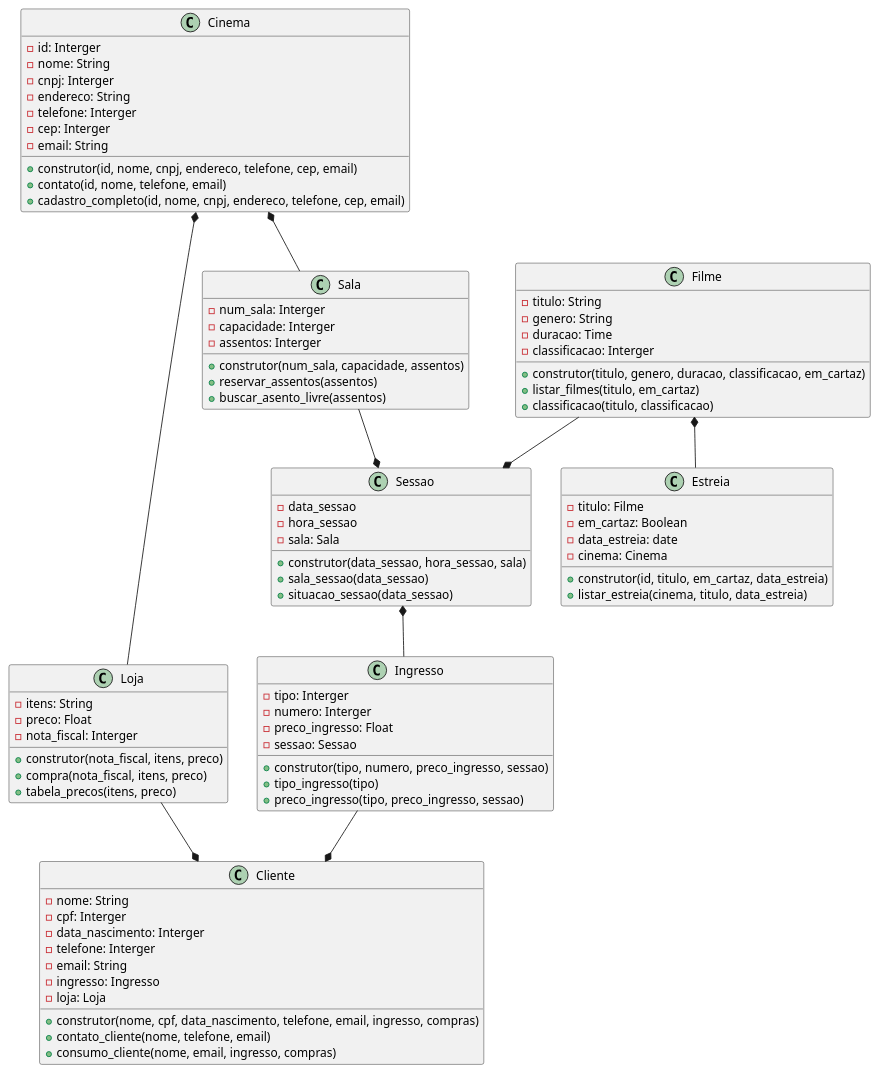
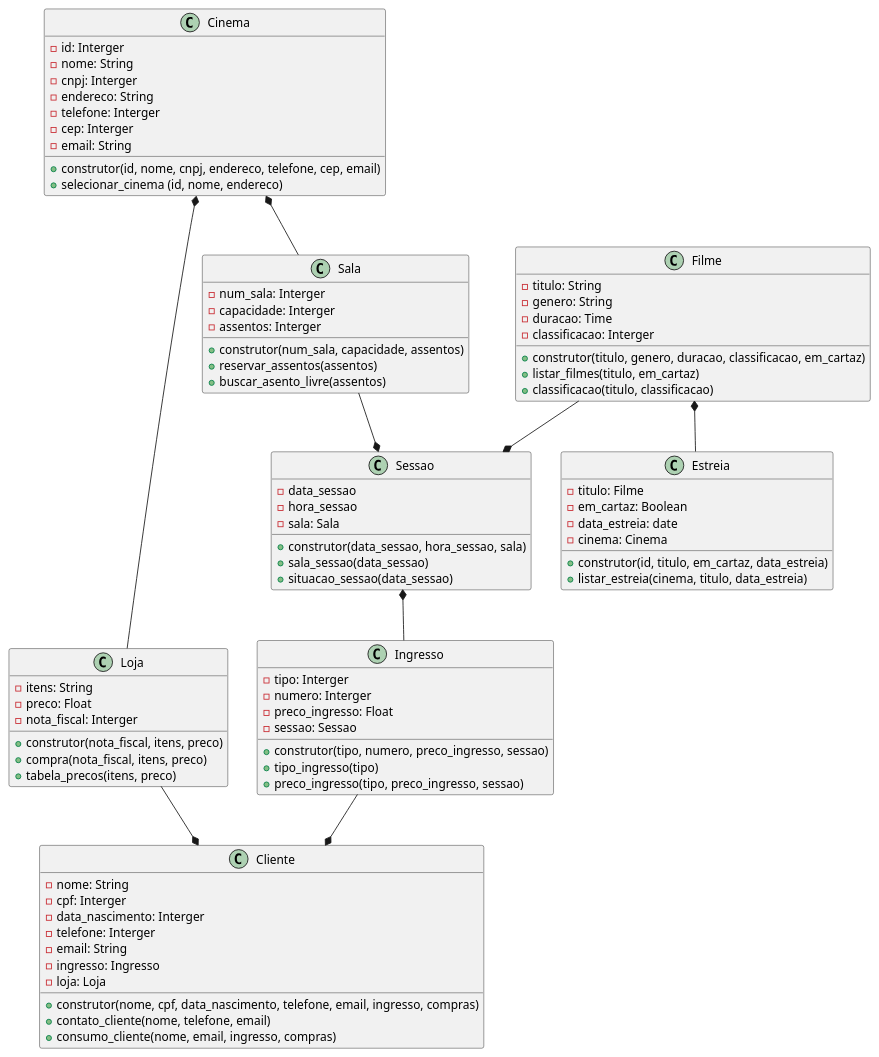
One commit to anleaes/2023-1-N1-POO-01 changed the diagram in cinema.plantuml. Above: the diagram before and after it, drawn with PlantUML.

```diff
--- a/cinema.plantuml
+++ b/cinema.plantuml
@@ -1,94 +1,93 @@
 @startuml Diagrama Herança Cinema - Grupo 1
 
 class Cinema {
     - id: Interger
     - nome: String
     - cnpj: Interger 
     - endereco: String
     - telefone: Interger
     - cep: Interger
     - email: String
     + construtor(id, nome, cnpj, endereco, telefone, cep, email)
-    + contato(id, nome, telefone, email)
-    + cadastro_completo(id, nome, cnpj, endereco, telefone, cep, email)
+    + selecionar_cinema (id, nome, endereco)
 }
 
 class Sala{
     - num_sala: Interger
     - capacidade: Interger
     - assentos: Interger
     + construtor(num_sala, capacidade, assentos)
     + reservar_assentos(assentos)
     + buscar_asento_livre(assentos)
 }
 
 class Sessao{
     - data_sessao
     - hora_sessao
     - sala: Sala
     + construtor(data_sessao, hora_sessao, sala)
     + sala_sessao(data_sessao)
     + situacao_sessao(data_sessao)      
 }
 
 class Loja{
     - itens: String
     - preco: Float
     - nota_fiscal: Interger
     + construtor(nota_fiscal, itens, preco)
     + compra(nota_fiscal, itens, preco)
     + tabela_precos(itens, preco)
 }
 
 class Ingresso{
     - tipo: Interger
     - numero: Interger
     - preco_ingresso: Float
     - sessao: Sessao
     + construtor(tipo, numero, preco_ingresso, sessao)
     + tipo_ingresso(tipo)
     + preco_ingresso(tipo, preco_ingresso, sessao)
 }
 
 class Cliente{
     - nome: String
     - cpf: Interger
     - data_nascimento: Interger
     - telefone: Interger
     - email: String
     - ingresso: Ingresso
     - loja: Loja
     + construtor(nome, cpf, data_nascimento, telefone, email, ingresso, compras)
     + contato_cliente(nome, telefone, email)
     + consumo_cliente(nome, email, ingresso, compras)    
 }
 
 class Filme{
     - titulo: String
     - genero: String
     - duracao: Time
     - classificacao: Interger
     + construtor(titulo, genero, duracao, classificacao, em_cartaz)
     + listar_filmes(titulo, em_cartaz)
     + classificacao(titulo, classificacao)
 }
 
 class Estreia {
     - titulo: Filme
     - em_cartaz: Boolean
     - data_estreia: date
     - cinema: Cinema
     + construtor(id, titulo, em_cartaz, data_estreia)
     + listar_estreia(cinema, titulo, data_estreia)
 }
 
 Cinema *-- Sala
 Sala --* Sessao
 Filme --* Sessao
 Filme *-- Estreia
 Ingresso --* Cliente
 Cinema *-- Loja
 Loja --* Cliente
 Sessao *-- Ingresso
 
 @enduml
```
